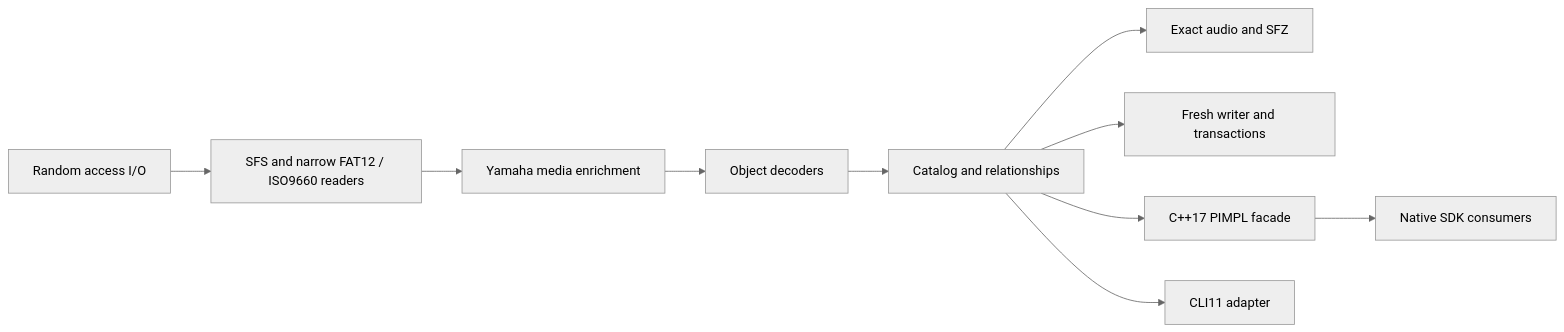
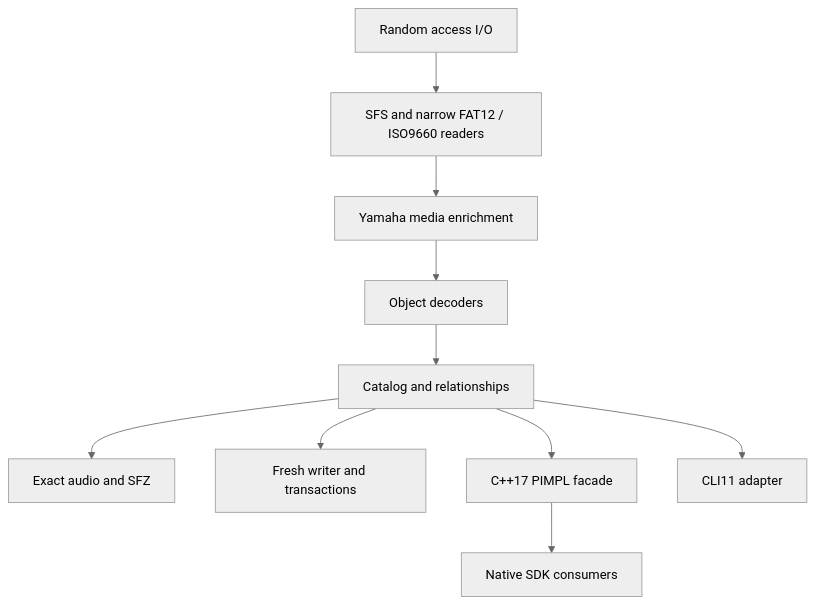
One commit to tphzz/axklib changed the diagram in docs/architecture.md. Above: the diagram before and after it, drawn with Mermaid (neutral theme). The commit also changed 12 other files, not shown here.

````diff
--- a/docs/architecture.md
+++ b/docs/architecture.md
@@ -6,12 +6,14 @@
 ```mermaid
-flowchart LR
+flowchart TD
+    accTitle: axklib architecture dependency flow
+    accDescr: Random access input flows through media readers, Yamaha enrichment, object decoders, and the catalog. The catalog provides audio export, writing, the shared SDK facade, and the CLI adapter. Native consumers use the SDK.
     IO[Random access I/O] --> Media[SFS and narrow FAT12 / ISO9660 readers]
     Media --> Yamaha[Yamaha media enrichment]
     Yamaha --> Objects[Object decoders]
     Objects --> Catalog[Catalog and relationships]
     Catalog --> Audio[Exact audio and SFZ]
     Catalog --> Writer[Fresh writer and transactions]
     Catalog --> SDK[C++17 PIMPL facade]
     Catalog --> CLI[CLI11 adapter]
     SDK --> Host[Native SDK consumers]
 ```
````
